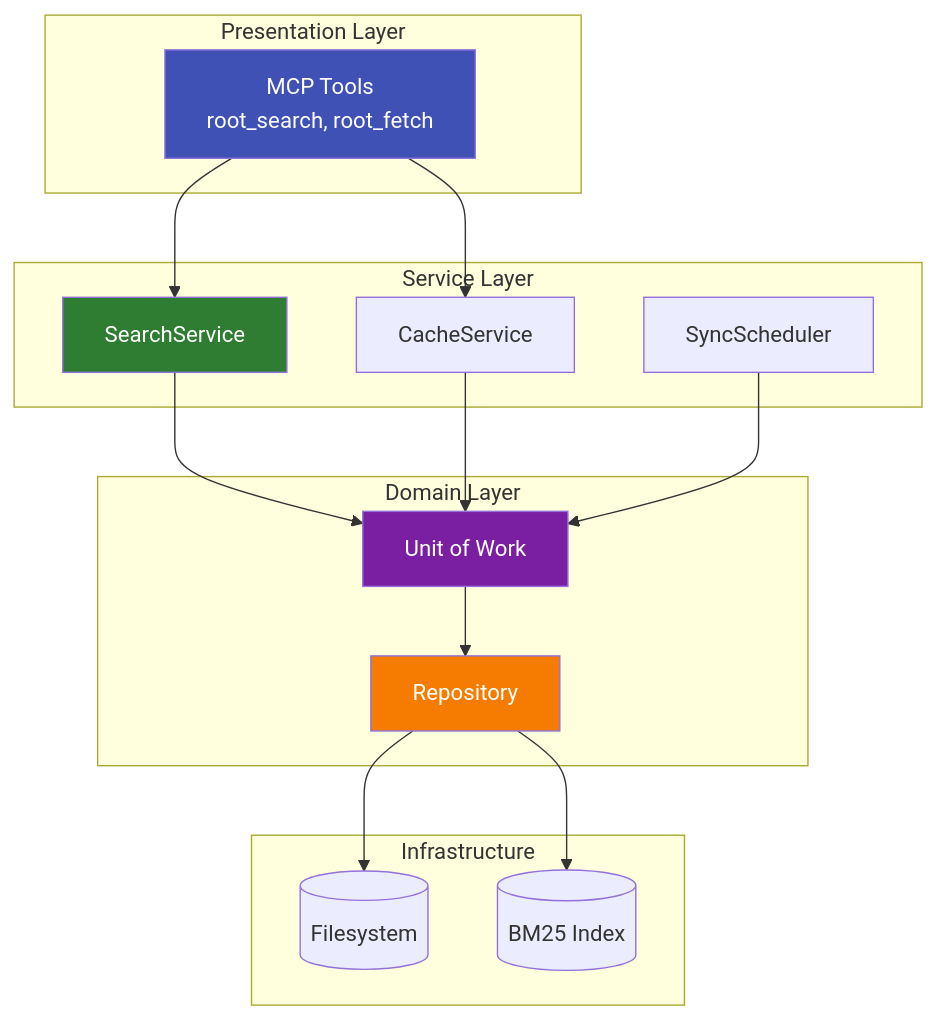
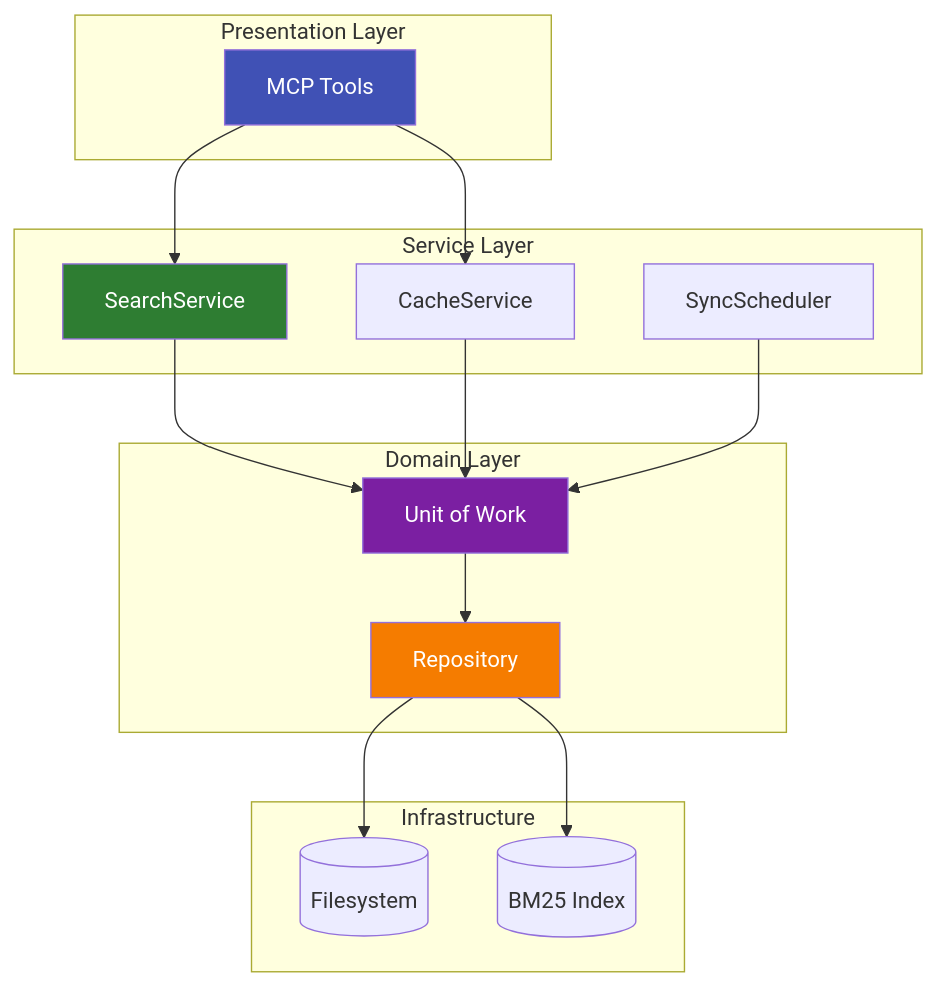
The diagram in docs/explanations/cosmic-python.md (pankaj28843/docs-mcp-server), drawn with Mermaid before and after one commit. The commit also changed 6 other files, not shown here.

````diff
--- a/docs/explanations/cosmic-python.md
+++ b/docs/explanations/cosmic-python.md
@@ -29,36 +29,36 @@
 ```mermaid
 flowchart TB
     subgraph Presentation["Presentation Layer"]
-        MCP[MCP Tools<br/>root_search, root_fetch]
+        MCP[MCP Tools]
     end
     
     subgraph Services["Service Layer"]
         SS[SearchService]
         CS[CacheService]
         SYNC[SyncScheduler]
     end
     
     subgraph Domain["Domain Layer"]
         UOW[Unit of Work]
         REPO[Repository]
     end
     
     subgraph Infrastructure["Infrastructure"]
         FS[(Filesystem)]
         IDX[(BM25 Index)]
     end
     
     MCP --> SS
     MCP --> CS
     SS --> UOW
     CS --> UOW
     SYNC --> UOW
     UOW --> REPO
     REPO --> FS
     REPO --> IDX
     
     style MCP fill:#4051b5,color:#fff
     style SS fill:#2e7d32,color:#fff
     style UOW fill:#7b1fa2,color:#fff
     style REPO fill:#f57c00,color:#fff
 ```
````
